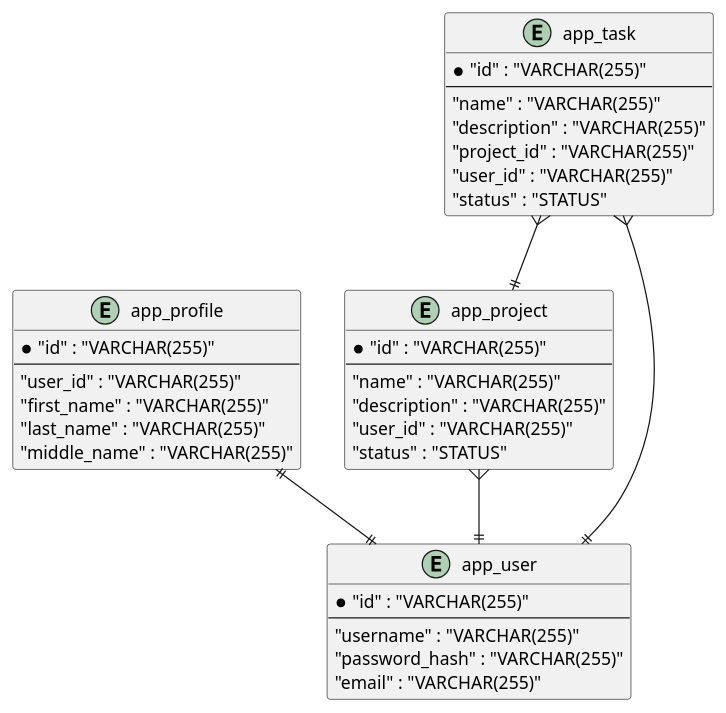
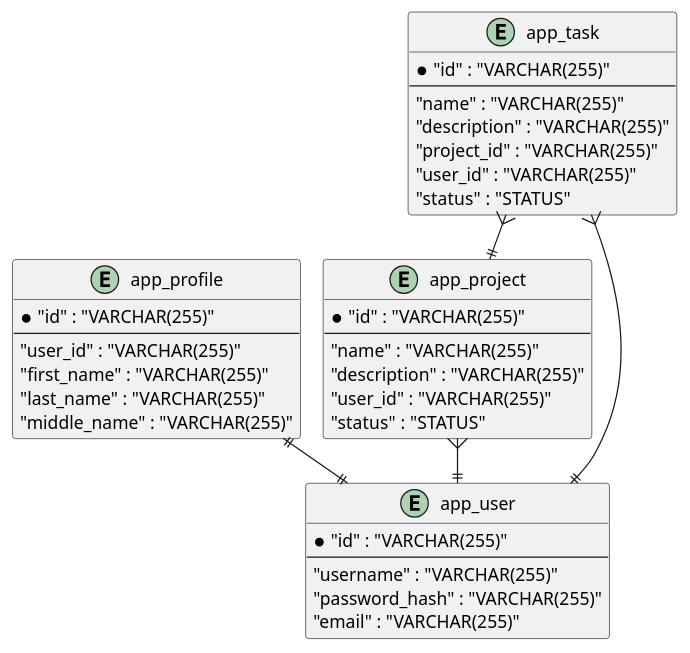
The diagram in example/tm-sql-to-asciidoc/src/main/asciidoc/erd.puml (denis-volnenko/liquibase-asciidoc-maven-plugin), drawn with PlantUML before and after one commit. The commit also changed 4 other files, not shown here.

```diff
--- a/example/tm-sql-to-asciidoc/src/main/asciidoc/erd.puml
+++ b/example/tm-sql-to-asciidoc/src/main/asciidoc/erd.puml
@@ -1,45 +1,45 @@
 @startuml 
-'!pragma graphviz_dot jdot
-'!pragma layout smetana 
+'!pragma graphviz_dot jdot 
+!pragma layout smetana 
 entity "app_profile" {
     *"id" : "VARCHAR(255)"
 ---
     "user_id" : "VARCHAR(255)"
     "first_name" : "VARCHAR(255)"
     "last_name" : "VARCHAR(255)"
     "middle_name" : "VARCHAR(255)"
 }
 
 entity "app_project" {
     *"id" : "VARCHAR(255)"
 ---
     "name" : "VARCHAR(255)"
     "description" : "VARCHAR(255)"
     "user_id" : "VARCHAR(255)"
     "status" : "STATUS"
 }
 
 entity "app_task" {
     *"id" : "VARCHAR(255)"
 ---
     "name" : "VARCHAR(255)"
     "description" : "VARCHAR(255)"
     "project_id" : "VARCHAR(255)"
     "user_id" : "VARCHAR(255)"
     "status" : "STATUS"
 }
 
 entity "app_user" {
     *"id" : "VARCHAR(255)"
 ---
     "username" : "VARCHAR(255)"
     "password_hash" : "VARCHAR(255)"
     "email" : "VARCHAR(255)"
 }
 
 app_profile ||--|| app_user
 app_project }--|| app_user
 app_task }--|| app_project
 app_task }--|| app_user
 
 @enduml
```
